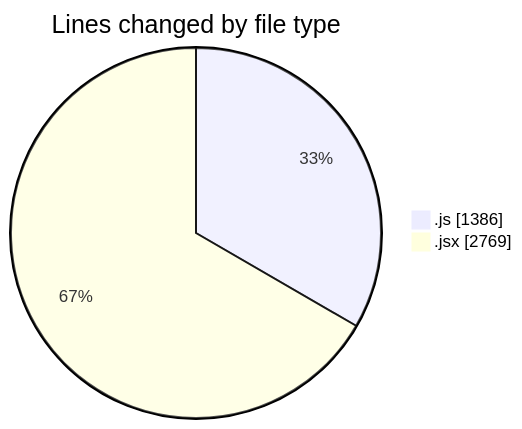
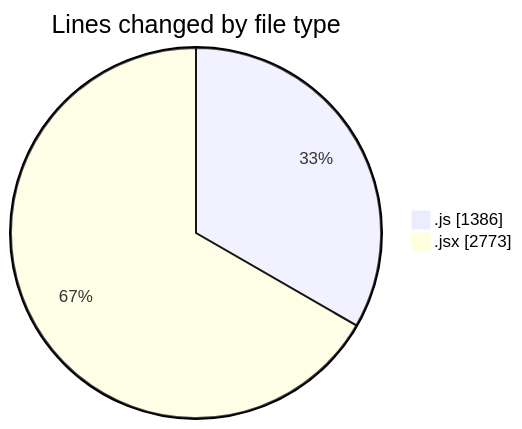
One commit to nxtqubesakshisongat/code-tracking changed the first of 2 diagrams in 2025-07-29/nxtqube_webapp/README.md. Above: the diagram before and after it, drawn with Mermaid. The commit also changed other lines of this file and 1 other file, not shown here.

````diff
--- a/2025-07-29/nxtqube_webapp/README.md
+++ b/2025-07-29/nxtqube_webapp/README.md
@@ -31,6 +31,6 @@
 ```mermaid
 pie showData
 title Lines changed by file type
 ".js" : 1386
-".jsx" : 2769
+".jsx" : 2773
 ```
````
